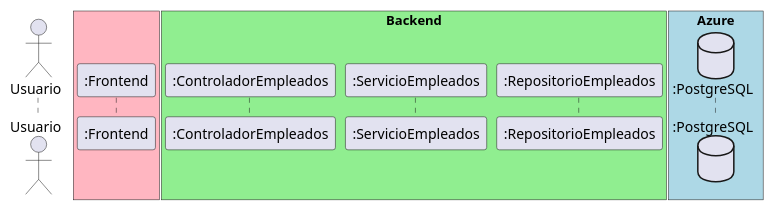
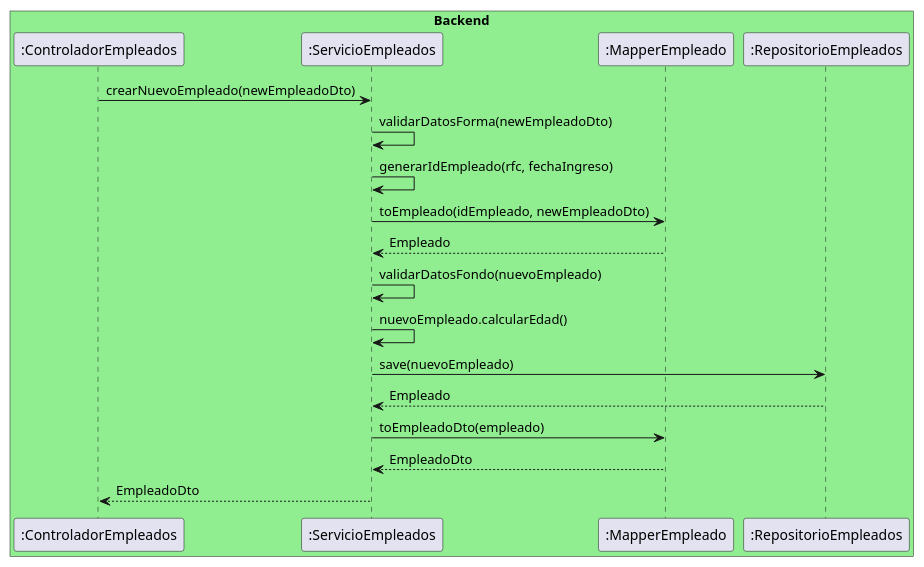
Before and after one commit to migueGO98/ProyectoSID: the diagram in docs/diagramasSecuencia/backend/HU-01.puml, drawn with PlantUML. The commit also changed 2 other files, not shown here.

Commit message:
Diagrama secuencia FullStack y en backend

```diff
--- a/docs/diagramasSecuencia/backend/HU-01.puml
+++ b/docs/diagramasSecuencia/backend/HU-01.puml
@@ -1,16 +1,23 @@
 @startuml
 'https://plantuml.com/sequence-diagram
 
-actor Usuario as user
-box #LightPink
-    participant ":Frontend" as front
-end box
 box "Backend" #LightGreen
     participant ":ControladorEmpleados" as controller
     participant ":ServicioEmpleados" as service
+    participant ":MapperEmpleado" as mapper
     participant ":RepositorioEmpleados" as repository
 end box
-box "Azure" #LightBlue
-    database ":PostgreSQL" as db
-end box
+
+controller -> service: crearNuevoEmpleado(newEmpleadoDto)
+service -> service: validarDatosForma(newEmpleadoDto)
+service -> service: generarIdEmpleado(rfc, fechaIngreso)
+service -> mapper: toEmpleado(idEmpleado, newEmpleadoDto)
+mapper --> service: Empleado
+service -> service: validarDatosFondo(nuevoEmpleado)
+service -> service: nuevoEmpleado.calcularEdad()
+service -> repository: save(nuevoEmpleado)
+repository --> service: Empleado
+service -> mapper: toEmpleadoDto(empleado)
+mapper --> service: EmpleadoDto
+service --> controller: EmpleadoDto
 @enduml
```
